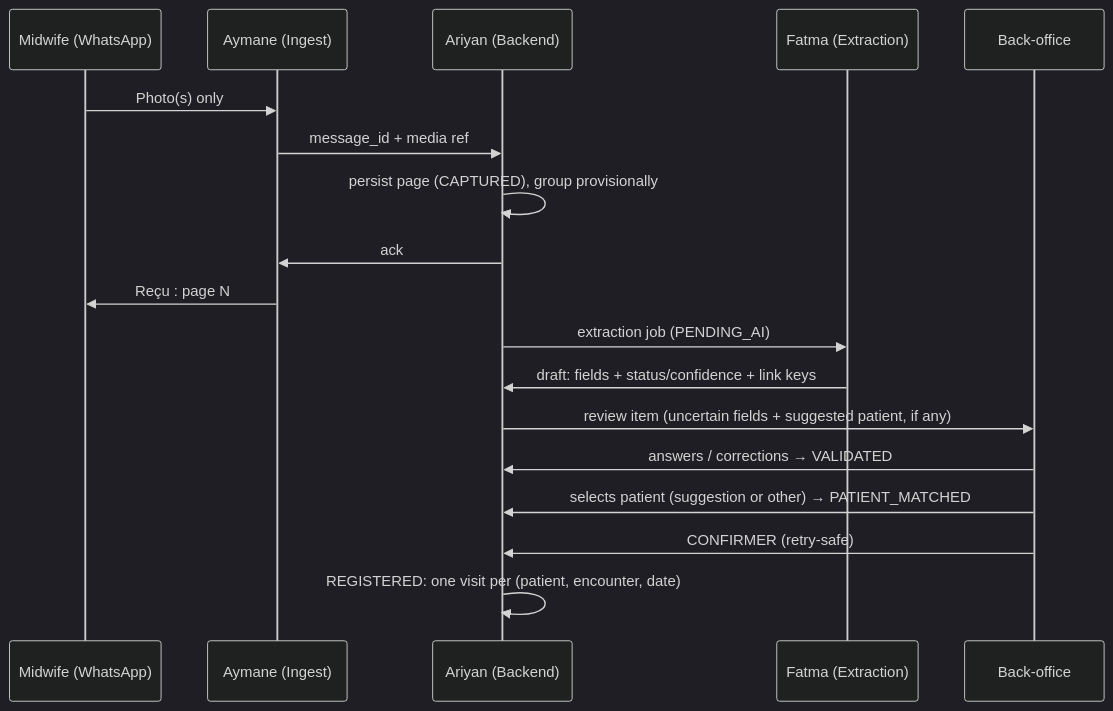
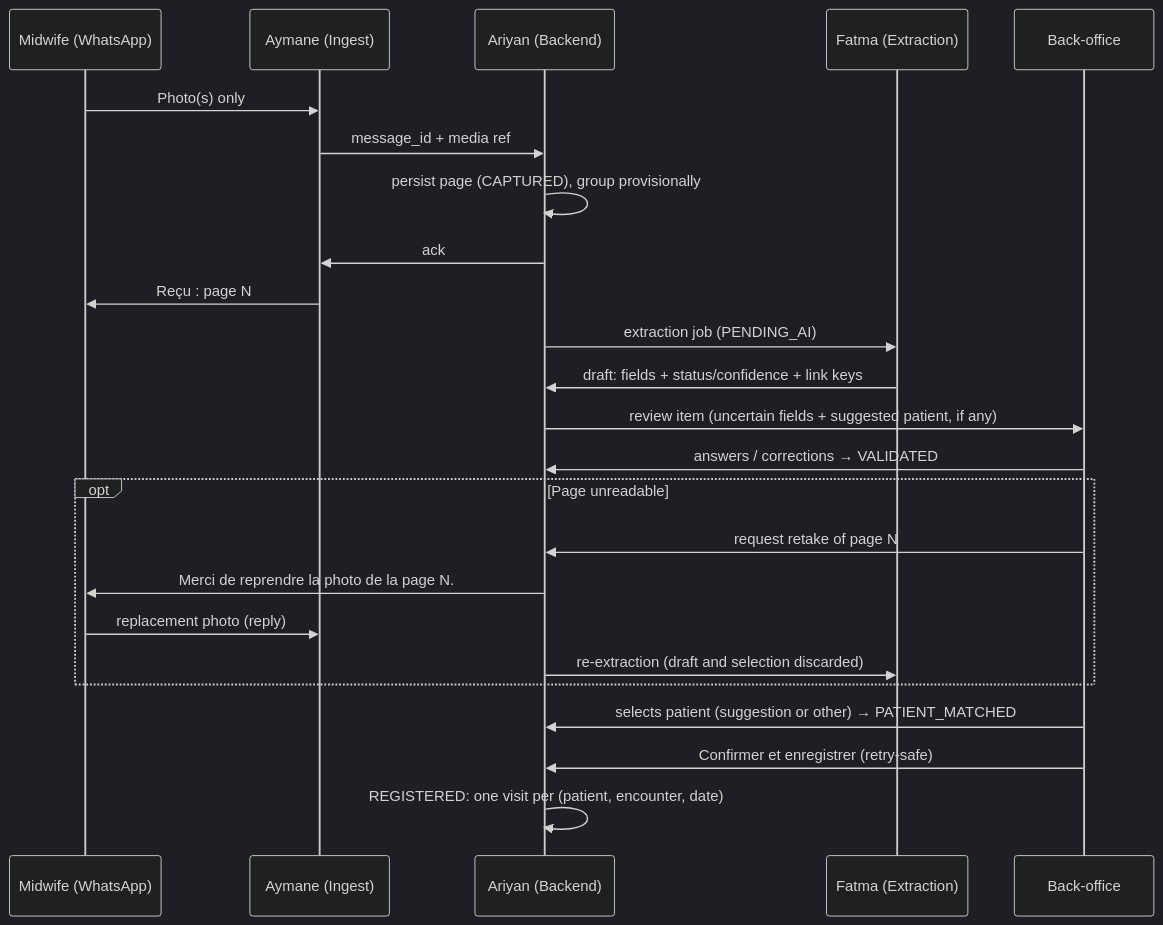
Before and after one commit to Ariyan12005/MaternalData-Automation: the diagram in tasks.md, drawn with Mermaid (dark theme). The commit also changed other lines of this file and 1 other file, not shown here.

````diff
--- a/tasks.md
+++ b/tasks.md
@@ -103,21 +104,27 @@
 ```mermaid
 sequenceDiagram
   participant M as Midwife (WhatsApp)
   participant W as Aymane (Ingest)
   participant B as Ariyan (Backend)
   participant E as Fatma (Extraction)
   participant O as Back-office
 
   M->>W: Photo(s) only
   W->>B: message_id + media ref
   B->>B: persist page (CAPTURED), group provisionally
   B->>W: ack
   W->>M: Reçu : page N
   B->>E: extraction job (PENDING_AI)
   E->>B: draft: fields + status/confidence + link keys
   B->>O: review item (uncertain fields + suggested patient, if any)
   O->>B: answers / corrections → VALIDATED
+  opt Page unreadable
+    O->>B: request retake of page N
+    B->>M: Merci de reprendre la photo de la page N.
+    M->>W: replacement photo (reply)
+    B->>E: re-extraction (draft and selection discarded)
+  end
   O->>B: selects patient (suggestion or other) → PATIENT_MATCHED
-  O->>B: CONFIRMER (retry-safe)
+  O->>B: Confirmer et enregistrer (retry-safe)
   B->>B: REGISTERED: one visit per (patient, encounter, date)
 ```
````
